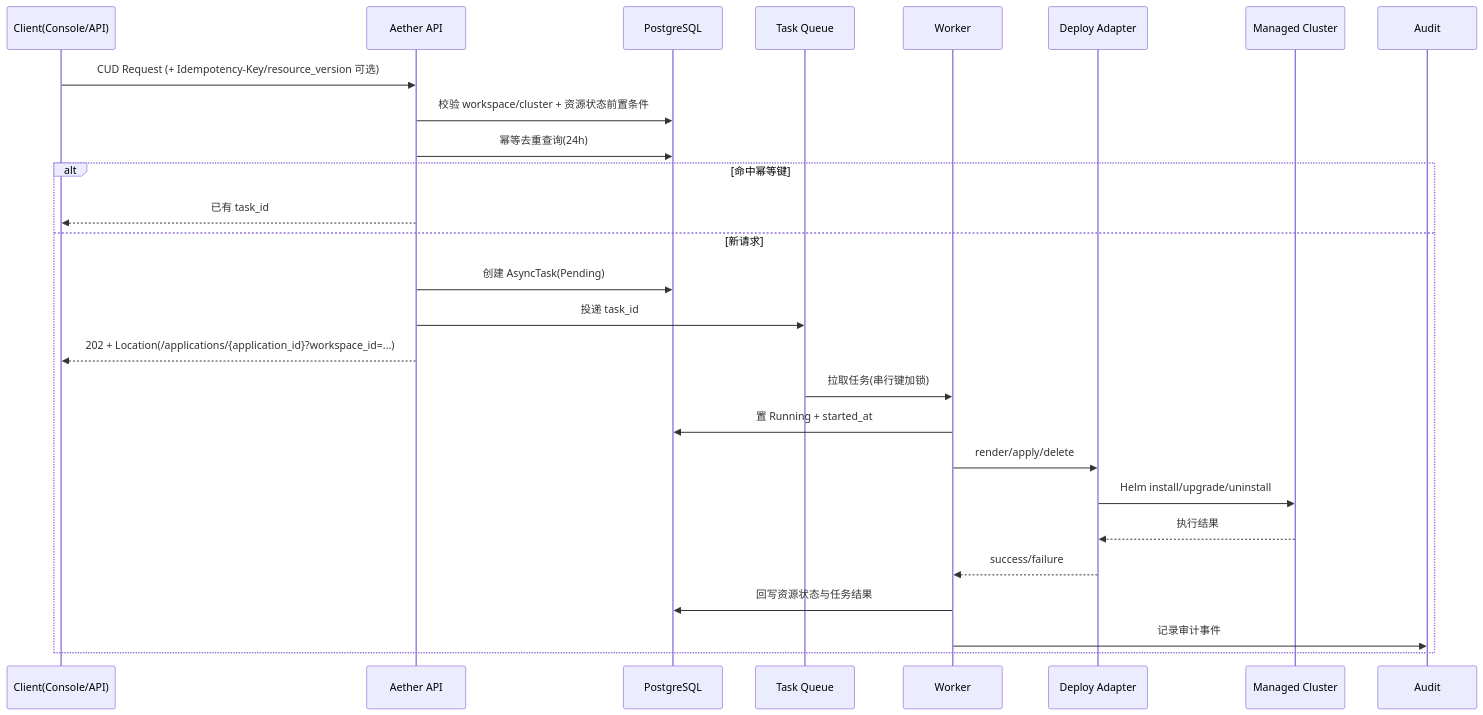
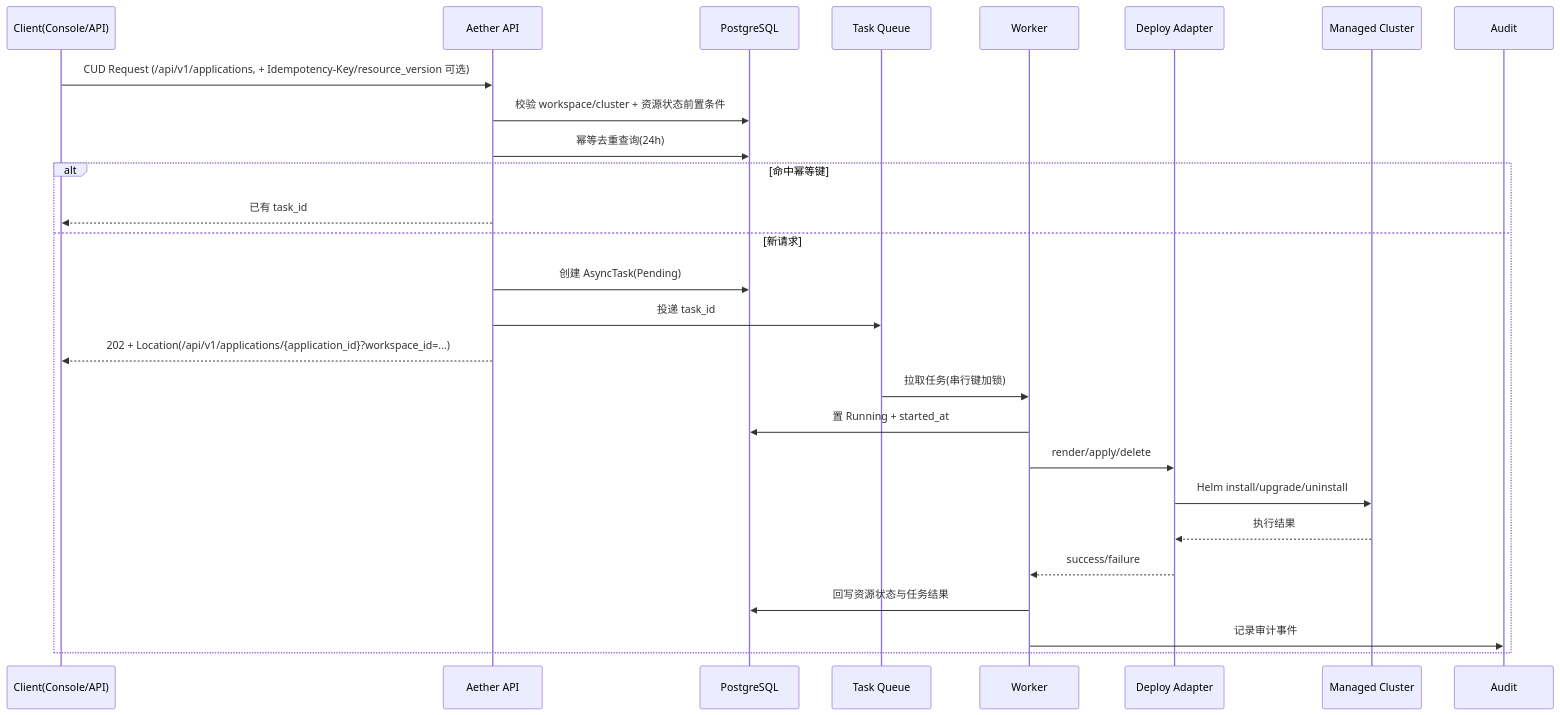
Before and after one commit to sentanl869/aether: the fourth of 26 diagrams in docs/design.md, drawn with Mermaid. The commit also changed other lines of this file and 2 other files, not shown here.

````diff
--- a/docs/design.md
+++ b/docs/design.md
@@ -427,30 +433,30 @@
 ```mermaid
 sequenceDiagram
   participant Client as Client(Console/API)
   participant API as Aether API
   participant DB as PostgreSQL
   participant Q as Task Queue
   participant W as Worker
   participant AD as Deploy Adapter
   participant K8S as Managed Cluster
   participant AUD as Audit
 
-  Client->>API: CUD Request (+ Idempotency-Key/resource_version 可选)
+  Client->>API: CUD Request (/api/v1/applications, + Idempotency-Key/resource_version 可选)
   API->>DB: 校验 workspace/cluster + 资源状态前置条件
   API->>DB: 幂等去重查询(24h)
   alt 命中幂等键
     API-->>Client: 已有 task_id
   else 新请求
     API->>DB: 创建 AsyncTask(Pending)
     API->>Q: 投递 task_id
-    API-->>Client: 202 + Location(/applications/{application_id}?workspace_id=...)
+    API-->>Client: 202 + Location(/api/v1/applications/{application_id}?workspace_id=...)
     Q->>W: 拉取任务(串行键加锁)
     W->>DB: 置 Running + started_at
     W->>AD: render/apply/delete
     AD->>K8S: Helm install/upgrade/uninstall
     K8S-->>AD: 执行结果
     AD-->>W: success/failure
     W->>DB: 回写资源状态与任务结果
     W->>AUD: 记录审计事件
   end
 ```
````
